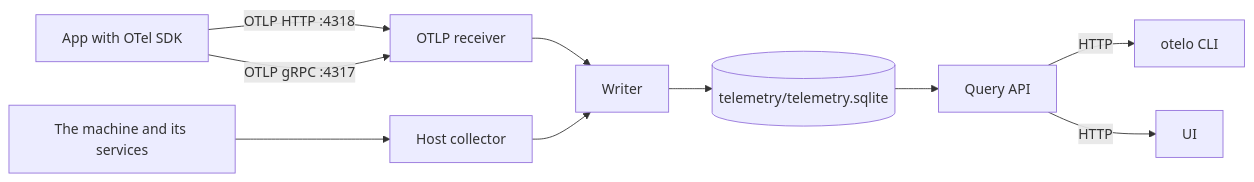
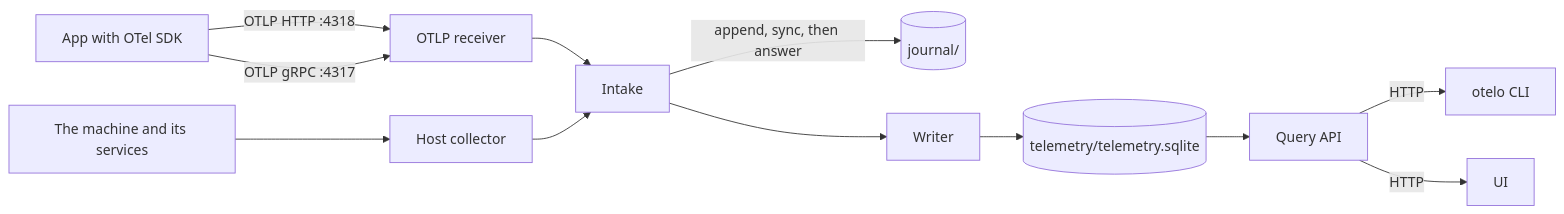
The first of 2 diagrams in docs/telemetry.md (sukovanej/otelo), drawn with Mermaid before and after one commit. The commit also changed other lines of this file, not shown here.

````diff
--- a/docs/telemetry.md
+++ b/docs/telemetry.md
@@ -9,12 +9,14 @@
 ```mermaid
 flowchart LR
   app[App with OTel SDK] -->|OTLP HTTP :4318| recv[OTLP receiver]
   app -->|OTLP gRPC :4317| recv
   machine[The machine and its services] --> host[Host collector]
-  recv --> writer[Writer]
-  host --> writer
+  recv --> intake[Intake]
+  host --> intake
+  intake -->|append, sync, then answer| journal[(journal/)]
+  intake --> writer[Writer]
   writer --> file[(telemetry/telemetry.sqlite)]
   file --> api[Query API]
   api -->|HTTP| cli[otelo CLI]
   api -->|HTTP| ui[UI]
 ```
````
